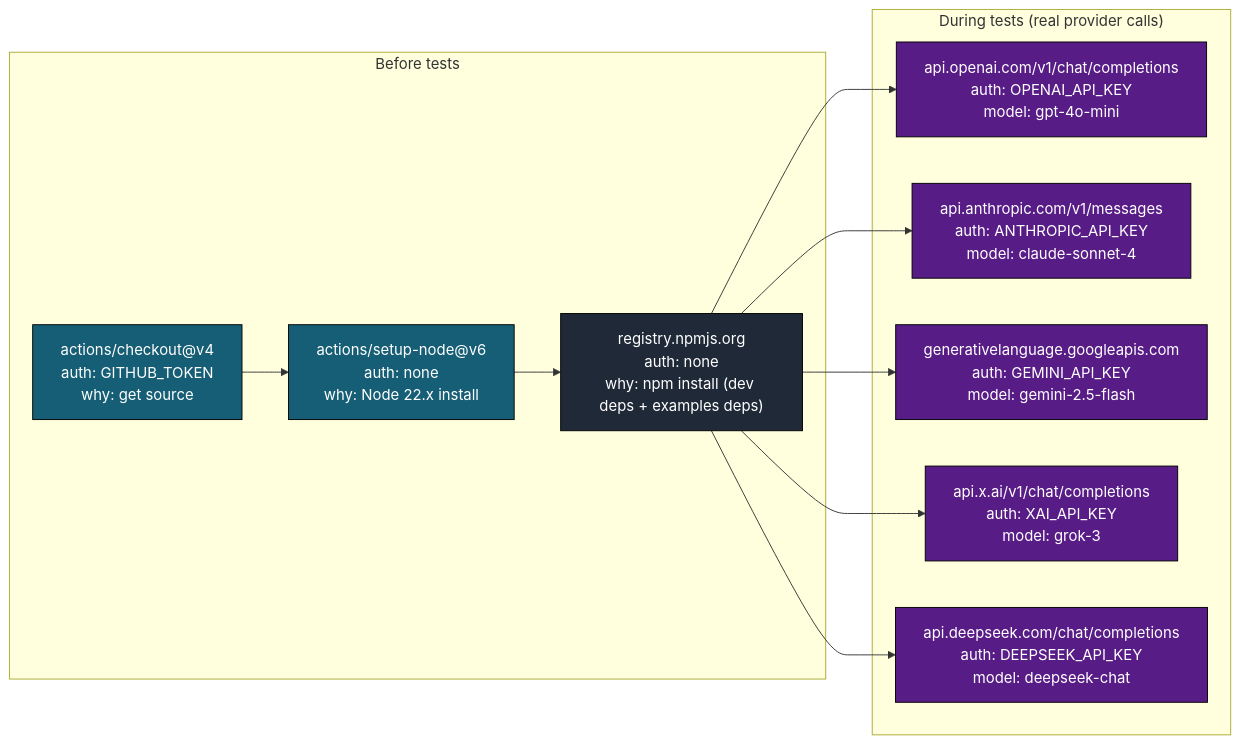
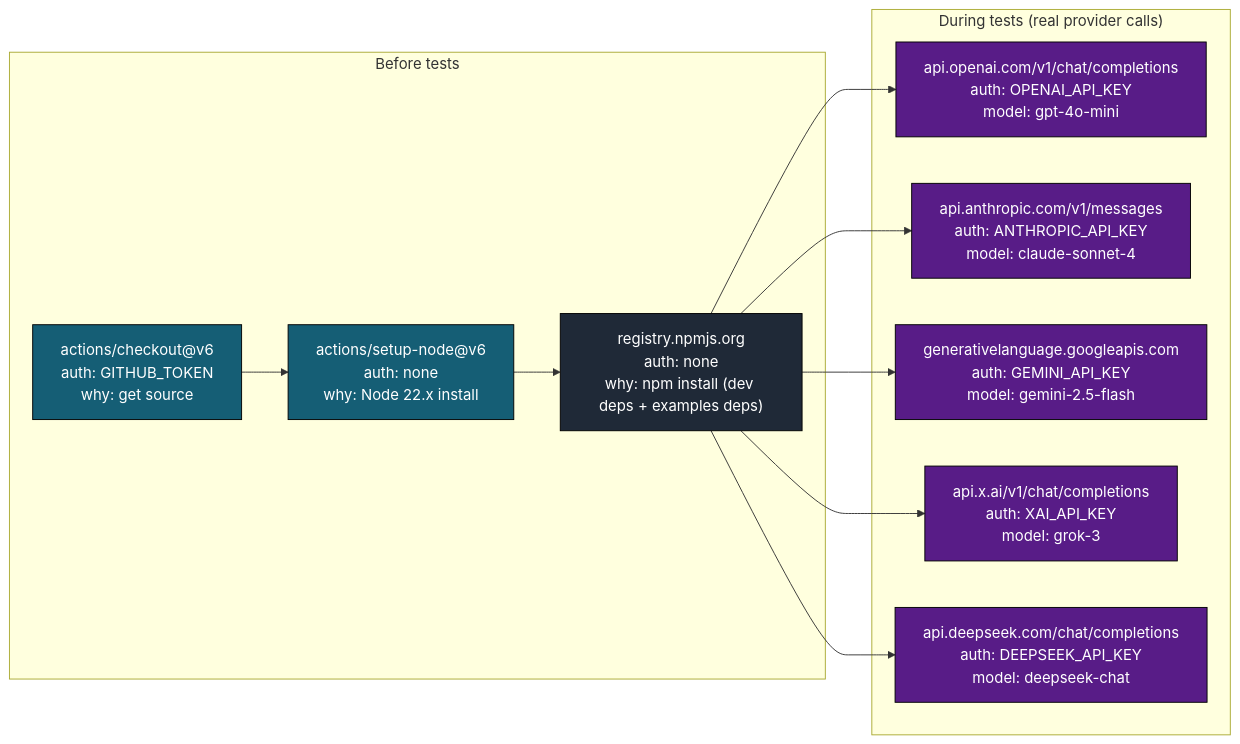
The seventh of 11 diagrams in .github/docs/TEST_PACKAGE_DEEP_DIVE.md (llm-exe/llm-exe), drawn with Mermaid before and after one commit. The commit also changed other lines of this file and 19 other files, not shown here.

First line of the commit message:
Update GitHub Actions to use latest versions of create-github-app-token and checkout actions

````diff
--- a/.github/docs/TEST_PACKAGE_DEEP_DIVE.md
+++ b/.github/docs/TEST_PACKAGE_DEEP_DIVE.md
@@ -347,27 +347,27 @@
 ```mermaid
 flowchart LR
     classDef pre fill:#155e75,color:#fff,stroke:#000
     classDef llm fill:#581c87,color:#fff,stroke:#000
     classDef reg fill:#1f2937,color:#fff,stroke:#000
 
     subgraph Pre["Before tests"]
-        c1["actions/checkout@v4\nauth: GITHUB_TOKEN\nwhy: get source"]:::pre
+        c1["actions/checkout@v6\nauth: GITHUB_TOKEN\nwhy: get source"]:::pre
         c2["actions/setup-node@v6\nauth: none\nwhy: Node 22.x install"]:::pre
         c3["registry.npmjs.org\nauth: none\nwhy: npm install (dev deps + examples deps)"]:::reg
     end
 
     subgraph During["During tests (real provider calls)"]
         d1["api.openai.com/v1/chat/completions\nauth: OPENAI_API_KEY\nmodel: gpt-4o-mini"]:::llm
         d2["api.anthropic.com/v1/messages\nauth: ANTHROPIC_API_KEY\nmodel: claude-sonnet-4"]:::llm
         d3["generativelanguage.googleapis.com\nauth: GEMINI_API_KEY\nmodel: gemini-2.5-flash"]:::llm
         d4["api.x.ai/v1/chat/completions\nauth: XAI_API_KEY\nmodel: grok-3"]:::llm
         d5["api.deepseek.com/chat/completions\nauth: DEEPSEEK_API_KEY\nmodel: deepseek-chat"]:::llm
     end
 
     c1 --> c2 --> c3
     c3 --> d1
     c3 --> d2
     c3 --> d3
     c3 --> d4
     c3 --> d5
 ```
````
